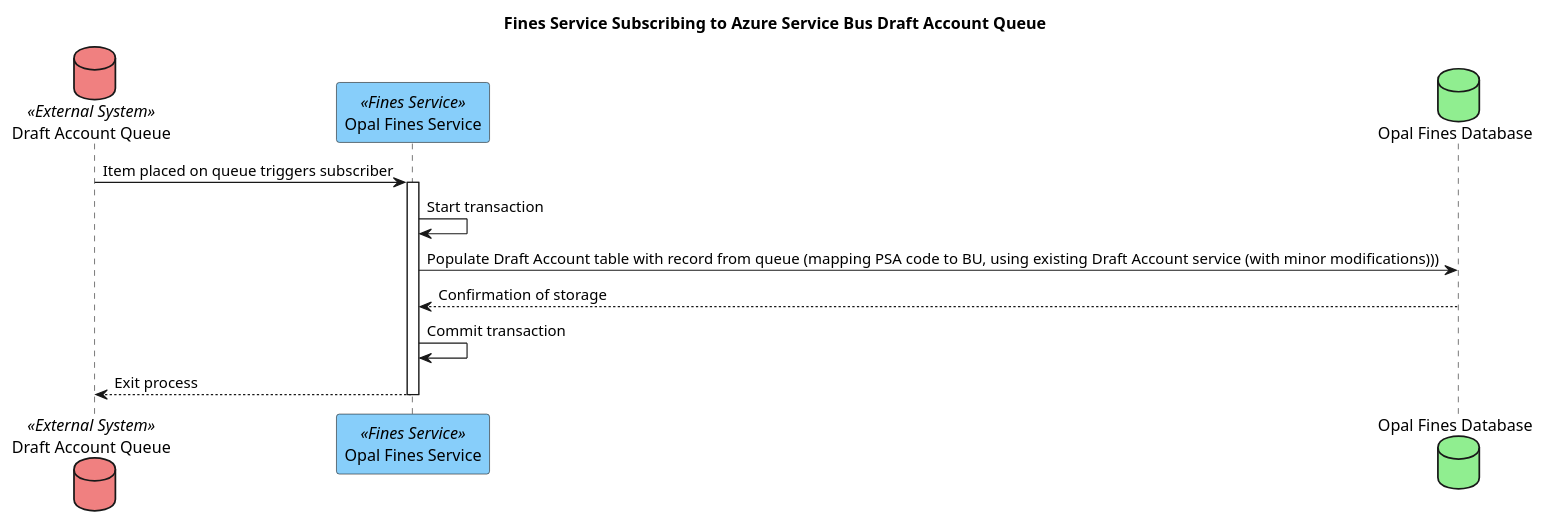
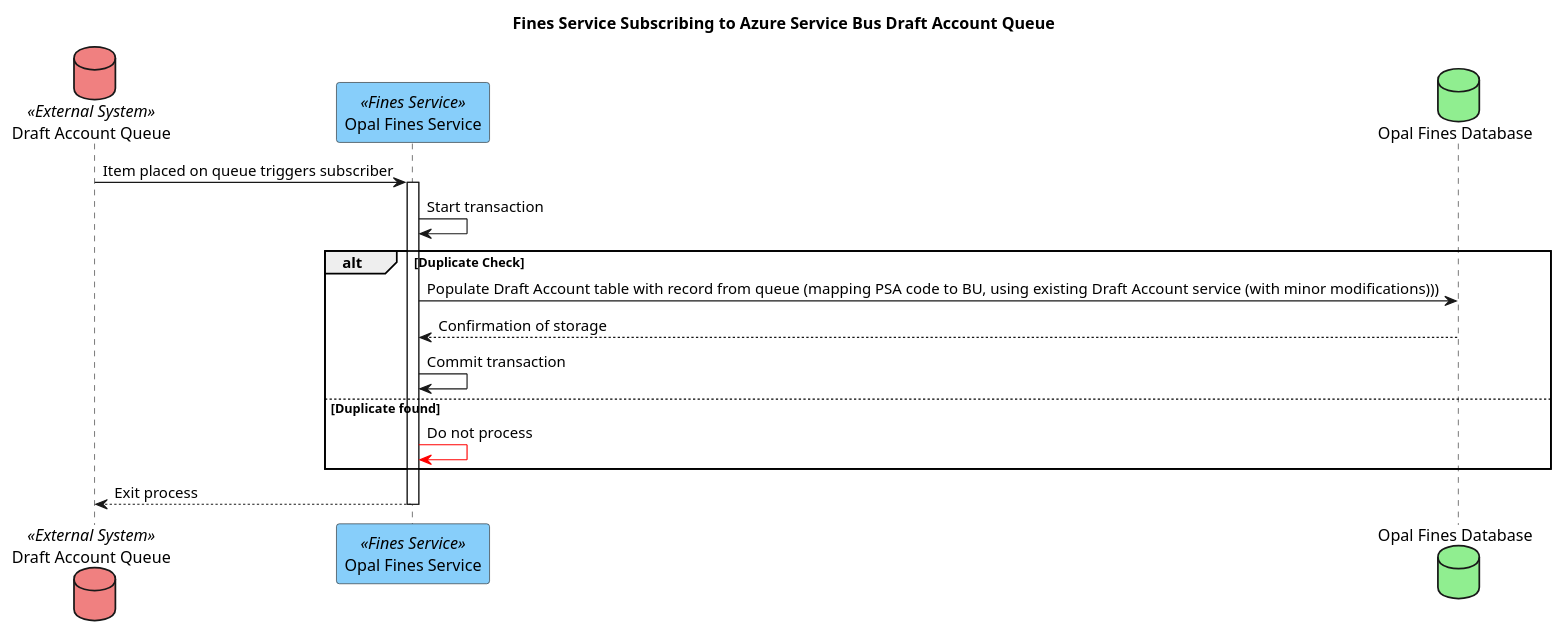
Before and after one commit to hmcts/opal-docs: the diagram in plantUML/external-interfaces/fines-from-vpfpo-queue.puml, drawn with PlantUML. The commit also changed 1 other file, not shown here.

```diff
--- a/plantUML/external-interfaces/fines-from-vpfpo-queue.puml
+++ b/plantUML/external-interfaces/fines-from-vpfpo-queue.puml
@@ -1,13 +1,17 @@
 @startuml
 title Fines Service Subscribing to Azure Service Bus Draft Account Queue
 database "Draft Account Queue" as draftAccountQueue <<External System>> #LightCoral
 participant "Opal Fines Service" as finesService <<Fines Service>> #LightSkyBlue
 database "Opal Fines Database" as finesDb #LightGreen
 
 draftAccountQueue -> finesService ++ : Item placed on queue triggers subscriber
 finesService -> finesService : Start transaction
-finesService -> finesDb : Populate Draft Account table with record from queue (mapping PSA code to BU, using existing Draft Account service (with minor modifications)))
-finesDb --> finesService -- : Confirmation of storage
-finesService -> finesService : Commit transaction
+alt Duplicate Check
+    finesService -> finesDb : Populate Draft Account table with record from queue (mapping PSA code to BU, using existing Draft Account service (with minor modifications)))
+    finesDb --> finesService -- : Confirmation of storage
+    finesService -> finesService : Commit transaction
+else Duplicate found
+    finesService[#red]-> finesService : Do not process
+end
 finesService --> draftAccountQueue -- : Exit process
 @enduml
```
